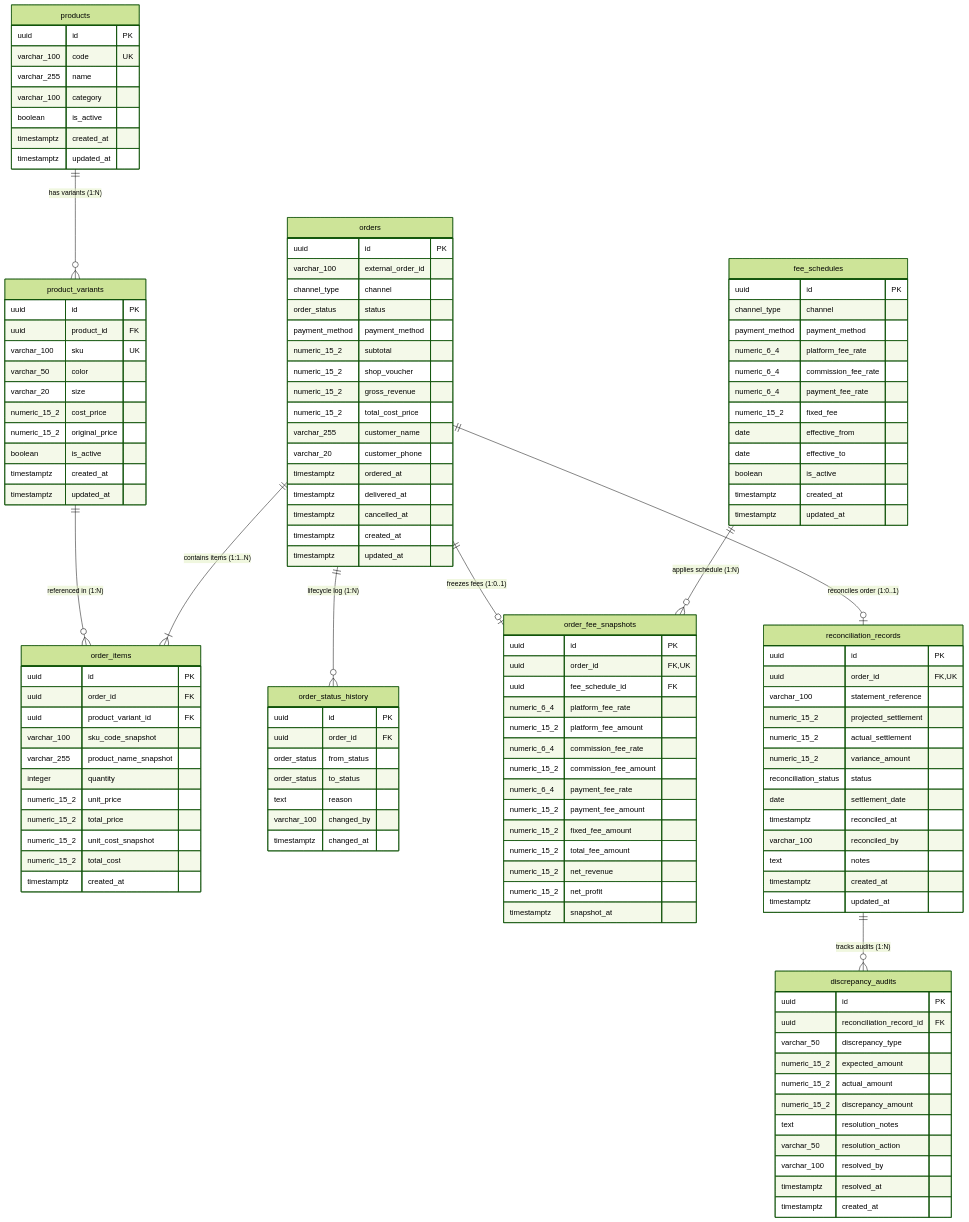
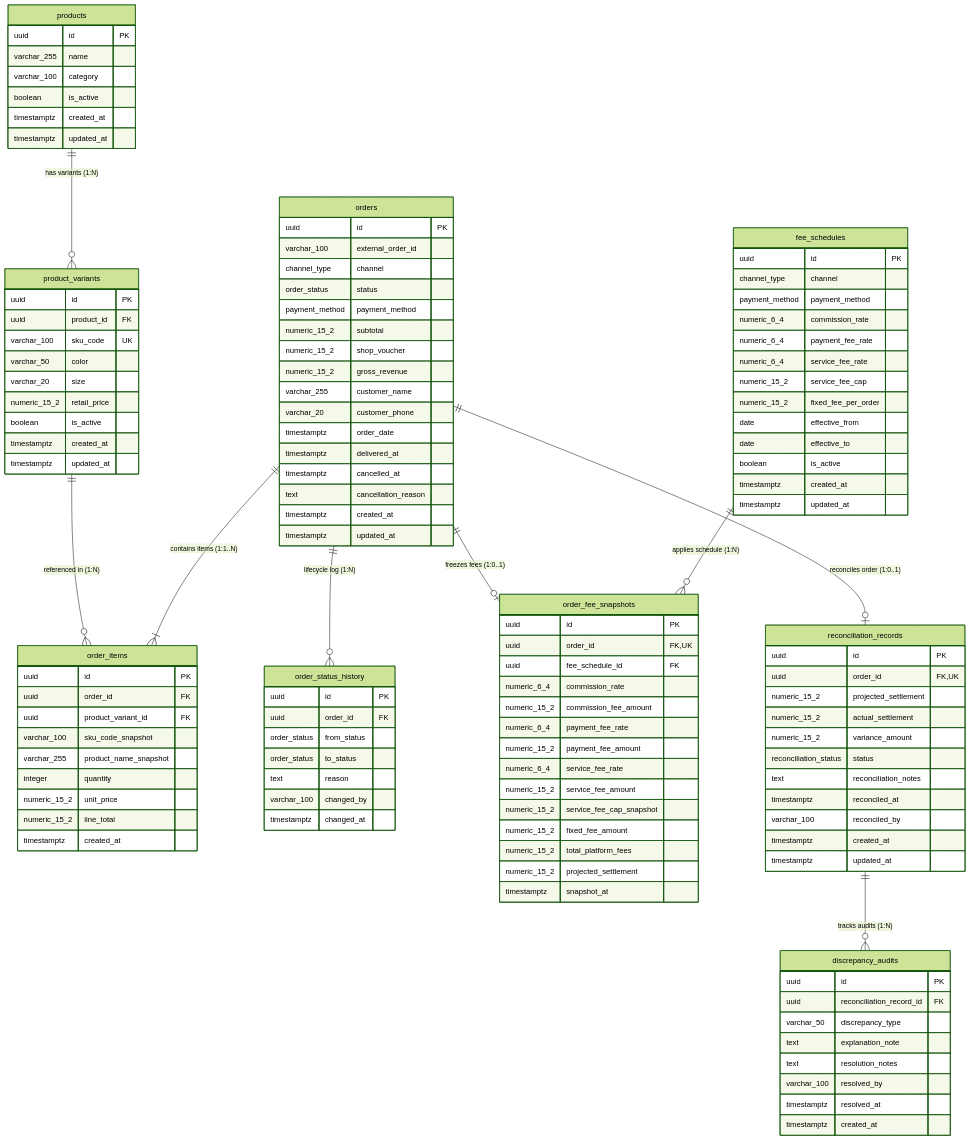
The diagram in docs/database/database-design_en.md (duchoa0405/Quanly_DoanhThu_LoiNhuan_DangDucHoa_VSF), drawn with Mermaid (forest theme) before and after one commit. The commit also changed other lines of this file and 1 other file, not shown here.

```diff
--- a/docs/database/database-design_en.md
+++ b/docs/database/database-design_en.md
@@ -44,7 +46,6 @@
 
     products {
         uuid id PK
-        varchar_100 code UK
         varchar_255 name
         varchar_100 category
         boolean is_active
@@ -55,11 +56,10 @@
     product_variants {
         uuid id PK
         uuid product_id FK
-        varchar_100 sku UK
+        varchar_100 sku_code UK
         varchar_50 color
         varchar_20 size
-        numeric_15_2 cost_price
-        numeric_15_2 original_price
+        numeric_15_2 retail_price
         boolean is_active
         timestamptz created_at
         timestamptz updated_at
@@ -74,12 +74,12 @@
         numeric_15_2 subtotal
         numeric_15_2 shop_voucher
         numeric_15_2 gross_revenue
-        numeric_15_2 total_cost_price
         varchar_255 customer_name
         varchar_20 customer_phone
-        timestamptz ordered_at
+        timestamptz order_date
         timestamptz delivered_at
         timestamptz cancelled_at
+        text cancellation_reason
         timestamptz created_at
         timestamptz updated_at
     }
@@ -92,9 +92,7 @@
         varchar_255 product_name_snapshot
         integer quantity
         numeric_15_2 unit_price
-        numeric_15_2 total_price
-        numeric_15_2 unit_cost_snapshot
-        numeric_15_2 total_cost
+        numeric_15_2 line_total
         timestamptz created_at
     }
 
@@ -112,10 +110,11 @@
         uuid id PK
         channel_type channel
         payment_method payment_method
-        numeric_6_4 platform_fee_rate
-        numeric_6_4 commission_fee_rate
+        numeric_6_4 commission_rate
         numeric_6_4 payment_fee_rate
-        numeric_15_2 fixed_fee
+        numeric_6_4 service_fee_rate
+        numeric_15_2 service_fee_cap
+        numeric_15_2 fixed_fee_per_order
         date effective_from
         date effective_to
         boolean is_active
@@ -127,31 +126,29 @@
         uuid id PK
         uuid order_id FK,UK
         uuid fee_schedule_id FK
-        numeric_6_4 platform_fee_rate
-        numeric_15_2 platform_fee_amount
-        numeric_6_4 commission_fee_rate
+        numeric_6_4 commission_rate
         numeric_15_2 commission_fee_amount
         numeric_6_4 payment_fee_rate
         numeric_15_2 payment_fee_amount
+        numeric_6_4 service_fee_rate
+        numeric_15_2 service_fee_amount
+        numeric_15_2 service_fee_cap_snapshot
         numeric_15_2 fixed_fee_amount
-        numeric_15_2 total_fee_amount
-        numeric_15_2 net_revenue
-        numeric_15_2 net_profit
+        numeric_15_2 total_platform_fees
+        numeric_15_2 projected_settlement
         timestamptz snapshot_at
     }
 
     reconciliation_records {
         uuid id PK
         uuid order_id FK,UK
-        varchar_100 statement_reference
         numeric_15_2 projected_settlement
         numeric_15_2 actual_settlement
         numeric_15_2 variance_amount
         reconciliation_status status
-        date settlement_date
+        text reconciliation_notes
         timestamptz reconciled_at
         varchar_100 reconciled_by
-        text notes
         timestamptz created_at
         timestamptz updated_at
     }
@@ -160,11 +157,8 @@
         uuid id PK
         uuid reconciliation_record_id FK
         varchar_50 discrepancy_type
-        numeric_15_2 expected_amount
-        numeric_15_2 actual_amount
-        numeric_15_2 discrepancy_amount
+        text explanation_note
         text resolution_notes
-        varchar_50 resolution_action
         varchar_100 resolved_by
         timestamptz resolved_at
         timestamptz created_at
```
